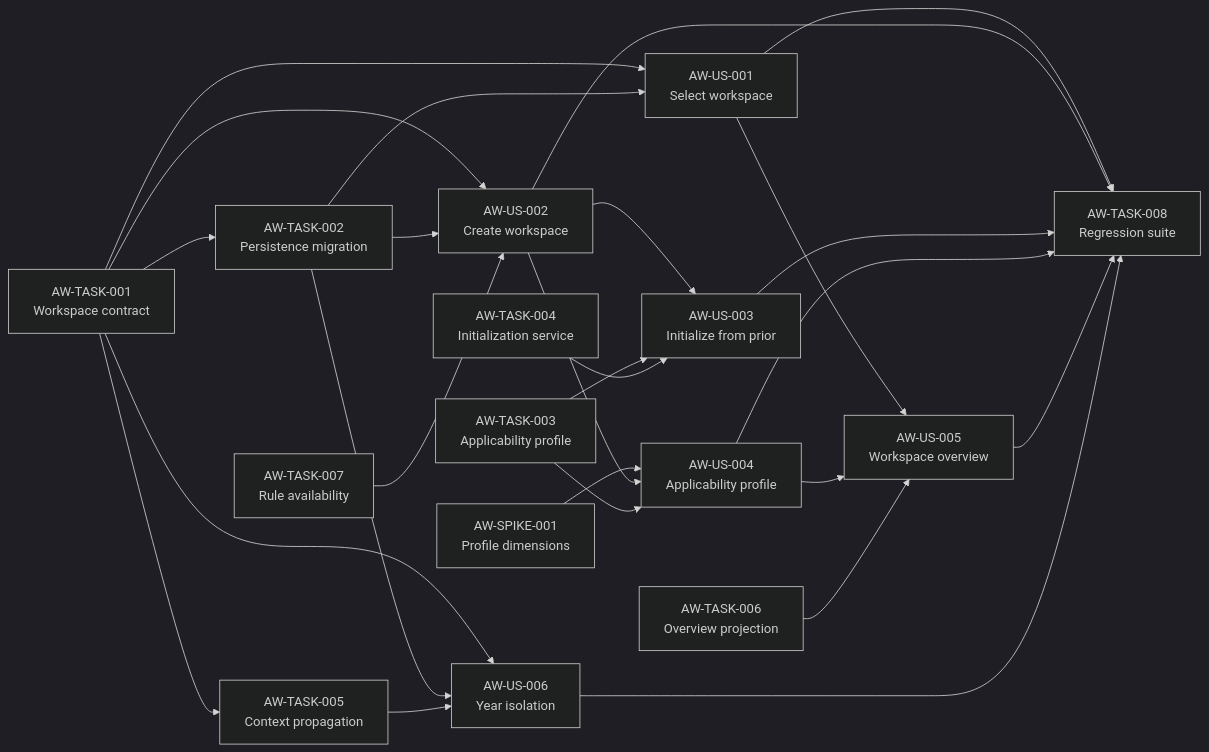
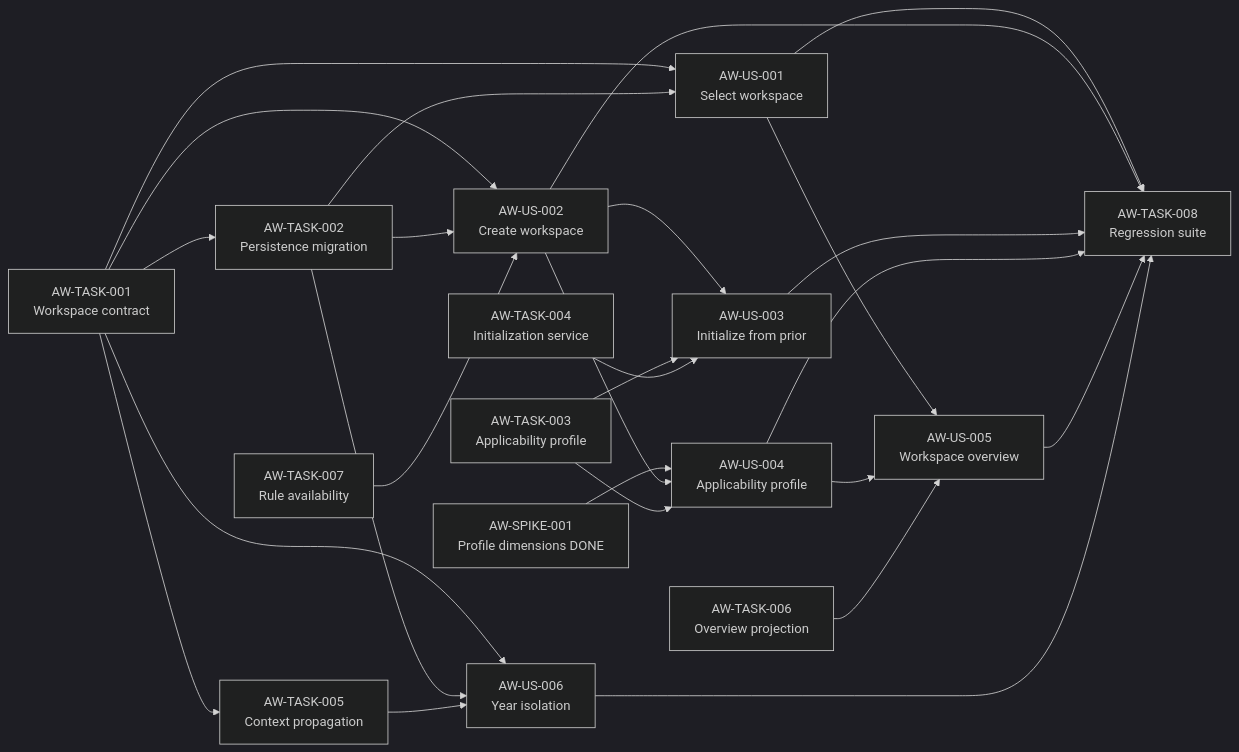
The diagram in docs/backlog/stories/01-annual-workspace/enablers-and-dependencies.md (adumun/personal-tax-ledger), drawn with Mermaid (dark theme) before and after one commit. The commit also changed other lines of this file, not shown here.

````diff
--- a/docs/backlog/stories/01-annual-workspace/enablers-and-dependencies.md
+++ b/docs/backlog/stories/01-annual-workspace/enablers-and-dependencies.md
@@ -234,34 +240,34 @@
 ```mermaid
 flowchart LR
   T1[AW-TASK-001\nWorkspace contract] --> T2[AW-TASK-002\nPersistence migration]
   T1 --> T5[AW-TASK-005\nContext propagation]
   T1 --> U1[AW-US-001\nSelect workspace]
   T2 --> U1
 
   T1 --> U2[AW-US-002\nCreate workspace]
   T2 --> U2
   T7[AW-TASK-007\nRule availability] --> U2
 
   U2 --> U3[AW-US-003\nInitialize from prior]
   T3[AW-TASK-003\nApplicability profile] --> U3
   T4[AW-TASK-004\nInitialization service] --> U3
 
-  S1[AW-SPIKE-001\nProfile dimensions] --> U4[AW-US-004\nApplicability profile]
+  S1[AW-SPIKE-001\nProfile dimensions DONE] --> U4[AW-US-004\nApplicability profile]
   U2 --> U4
   T3 --> U4
 
   U1 --> U5[AW-US-005\nWorkspace overview]
   U4 --> U5
   T6[AW-TASK-006\nOverview projection] --> U5
 
   T1 --> U6[AW-US-006\nYear isolation]
   T2 --> U6
   T5 --> U6
 
   U1 --> T8[AW-TASK-008\nRegression suite]
   U2 --> T8
   U3 --> T8
   U4 --> T8
   U5 --> T8
   U6 --> T8
 ```
````
